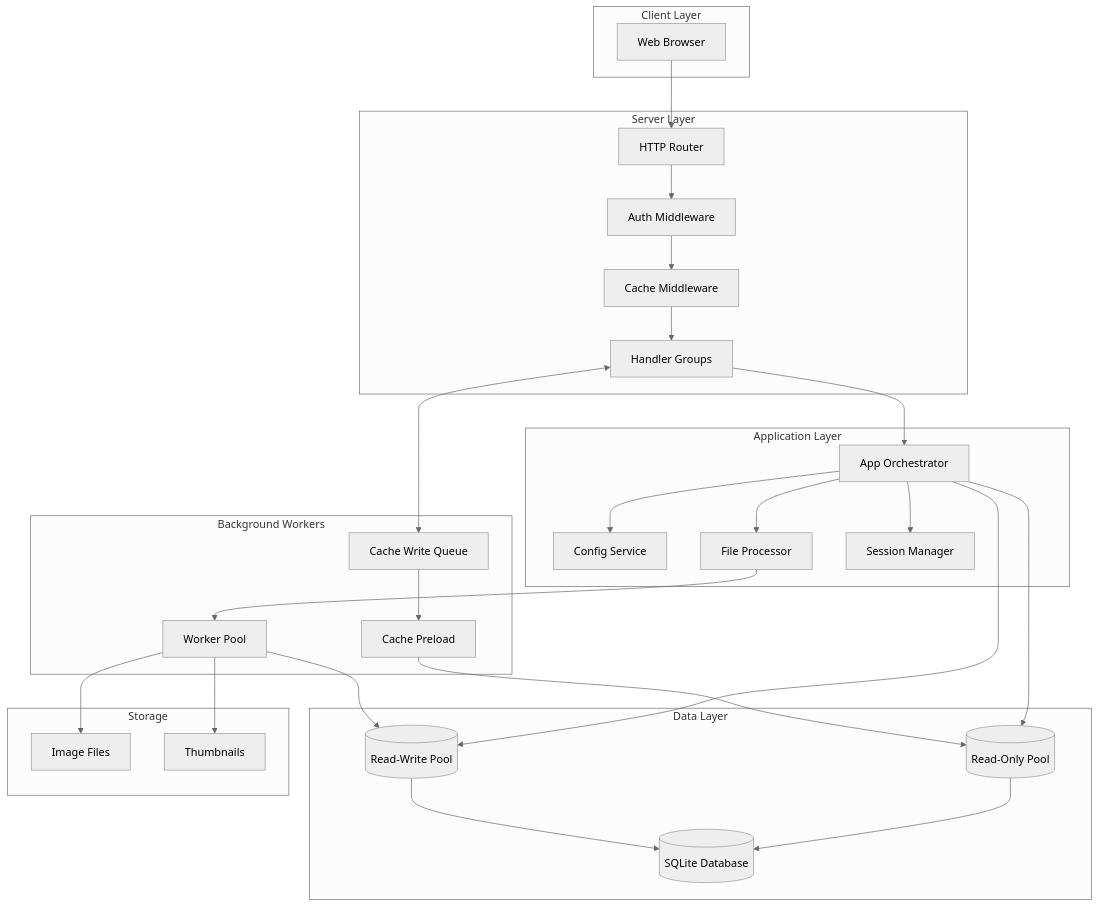
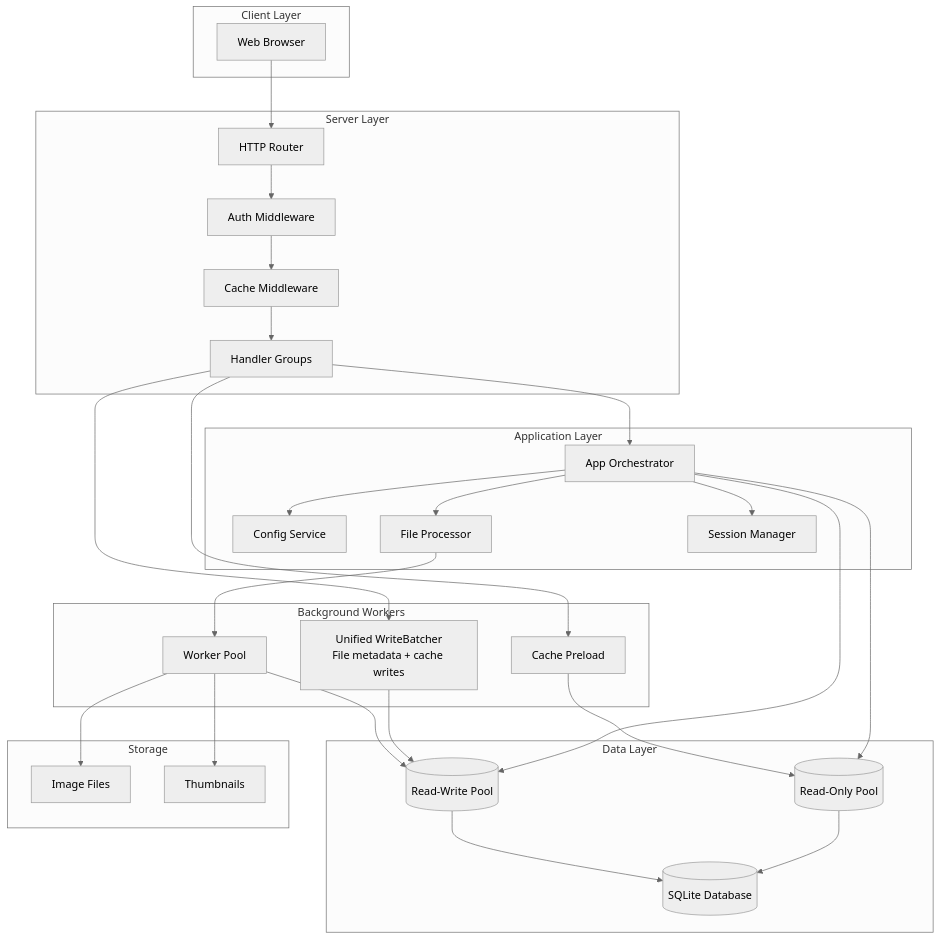
The first of 9 diagrams in docs/diagrams/ARCHITECTURE_DIAGRAMS.md (lbe/sfpg-go), drawn with Mermaid (neutral theme) before and after one commit. The commit also changed other lines of this file and 80 other files, not shown here.

````diff
--- a/docs/diagrams/ARCHITECTURE_DIAGRAMS.md
+++ b/docs/diagrams/ARCHITECTURE_DIAGRAMS.md
@@ -25,61 +25,62 @@
 ```mermaid
 graph TB
     subgraph "Client Layer"
         Browser[Web Browser]
     end
 
     subgraph "Server Layer"
         Router[HTTP Router]
         AuthMW[Auth Middleware]
         CacheMW[Cache Middleware]
         Handlers[Handler Groups]
     end
 
     subgraph "Application Layer"
         App[App Orchestrator]
         ConfigSvc[Config Service]
         FileProc[File Processor]
         SessionMgr[Session Manager]
     end
 
     subgraph "Data Layer"
         SQLite[(SQLite Database)]
         ROConn[(Read-Only Pool)]
         RWConn[(Read-Write Pool)]
     end
 
     subgraph "Background Workers"
         Pool[Worker Pool]
-        CacheQ[Cache Write Queue]
+        WriteBatcher[Unified WriteBatcher<br/>File metadata + cache writes]
         Preload[Cache Preload]
     end
 
     subgraph "Storage"
         FileSystem[Image Files]
         Thumbnails[Thumbnails]
     end
 
     Browser --> Router
     Router --> AuthMW
     AuthMW --> CacheMW
     CacheMW --> Handlers
 
     Handlers --> App
     App --> ConfigSvc
     App --> FileProc
     App --> SessionMgr
 
     App --> ROConn
     App --> RWConn
     ROConn --> SQLite
     RWConn --> SQLite
 
-    Handlers <--> CacheQ
-    CacheQ --> Preload
+    Handlers --> WriteBatcher
+    WriteBatcher --> RWConn
+    Handlers --> Preload
     Preload --> ROConn
 
     FileProc --> Pool
     Pool --> FileSystem
     Pool --> Thumbnails
     Pool --> RWConn
 ```
````
